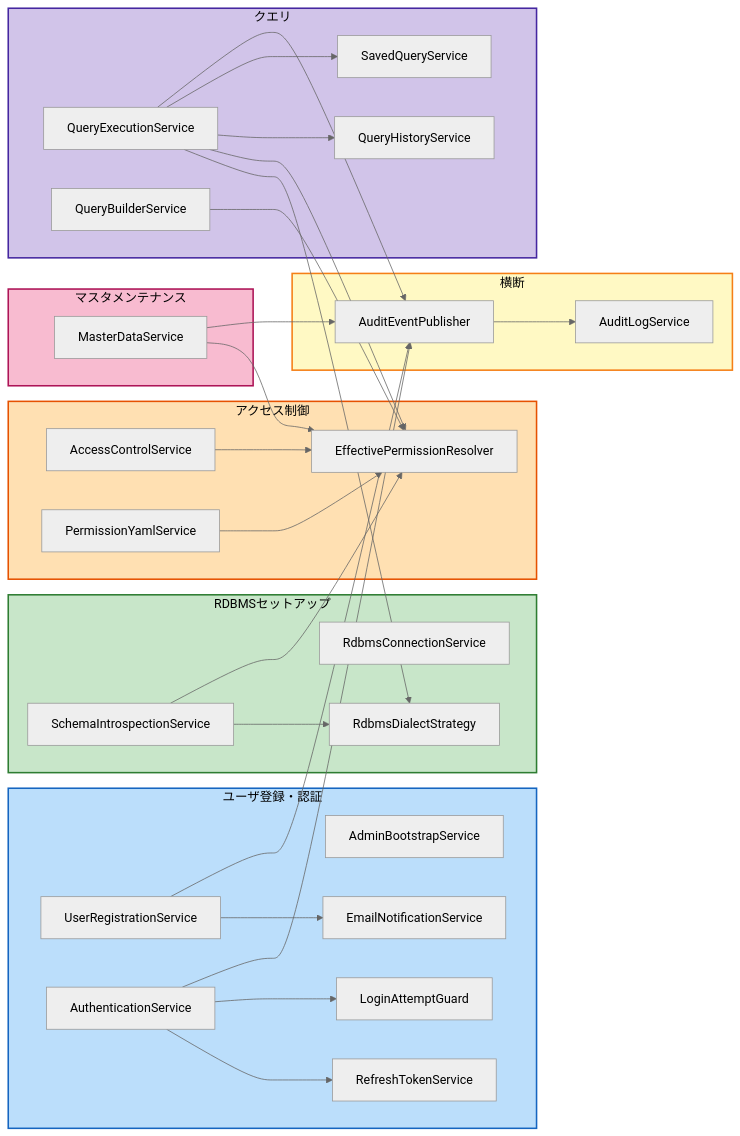
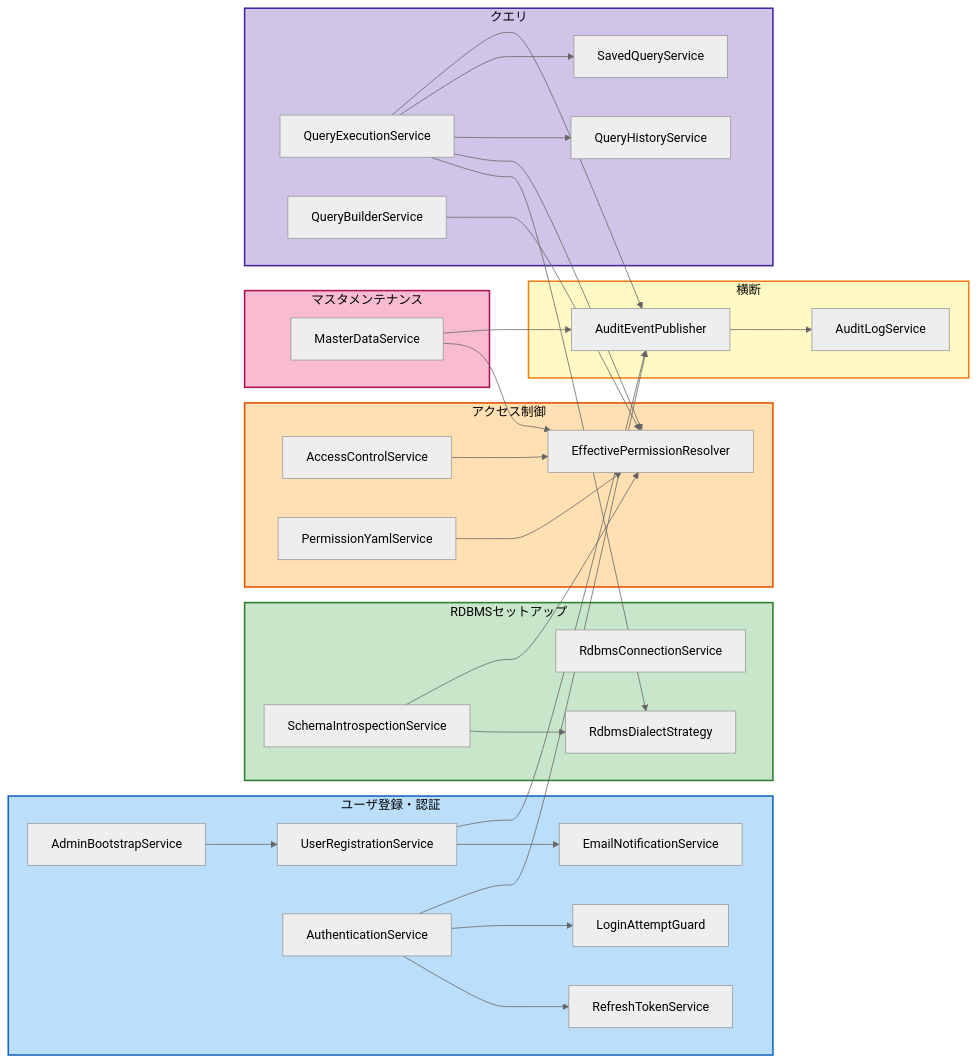
One commit to agwlvssainokuni/MasterMeister4 changed the diagram in aidlc-docs/inception/application-design/component-dependency.md. Above: the diagram before and after it, drawn with Mermaid (neutral theme). The commit also changed other lines of this file and 3 other files, not shown here.

````diff
--- a/aidlc-docs/inception/application-design/component-dependency.md
+++ b/aidlc-docs/inception/application-design/component-dependency.md
@@ -35,65 +35,66 @@
 ```mermaid
 flowchart LR
     subgraph AUTH["ユーザ登録・認証"]
         C01["UserRegistrationService"]
         C02["AdminBootstrapService"]
         C03["AuthenticationService"]
         C04["RefreshTokenService"]
         C05["LoginAttemptGuard"]
         C06["EmailNotificationService"]
     end
 
     subgraph RDBMS["RDBMSセットアップ"]
         C07["RdbmsConnectionService"]
         C08["SchemaIntrospectionService"]
         C09["RdbmsDialectStrategy"]
     end
 
     subgraph ACCESS["アクセス制御"]
         C10["AccessControlService"]
         C11["EffectivePermissionResolver"]
         C12["PermissionYamlService"]
     end
 
     subgraph DATA["マスタメンテナンス"]
         C13["MasterDataService"]
     end
 
     subgraph QUERY["クエリ"]
         C14["QueryExecutionService"]
         C15["SavedQueryService"]
         C16["QueryBuilderService"]
         C17["QueryHistoryService"]
     end
 
     subgraph CROSS["横断"]
         C18["AuditLogService"]
         C19["AuditEventPublisher"]
     end
 
     C01 --> C06
     C01 --> C19
+    C02 --> C01
     C03 --> C04
     C03 --> C05
     C03 --> C19
     C08 --> C09
     C08 --> C11
     C10 --> C11
     C12 --> C11
     C13 --> C11
     C13 --> C19
     C14 --> C09
     C14 --> C11
     C14 --> C17
     C14 --> C15
     C14 --> C19
     C16 --> C11
     C19 --> C18
 
     style AUTH fill:#BBDEFB,stroke:#1565C0,stroke-width:2px,color:#000
     style RDBMS fill:#C8E6C9,stroke:#2E7D32,stroke-width:2px,color:#000
     style ACCESS fill:#FFE0B2,stroke:#E65100,stroke-width:2px,color:#000
     style DATA fill:#F8BBD0,stroke:#AD1457,stroke-width:2px,color:#000
     style QUERY fill:#D1C4E9,stroke:#4527A0,stroke-width:2px,color:#000
     style CROSS fill:#FFF9C4,stroke:#F57F17,stroke-width:2px,color:#000
 ```
````
